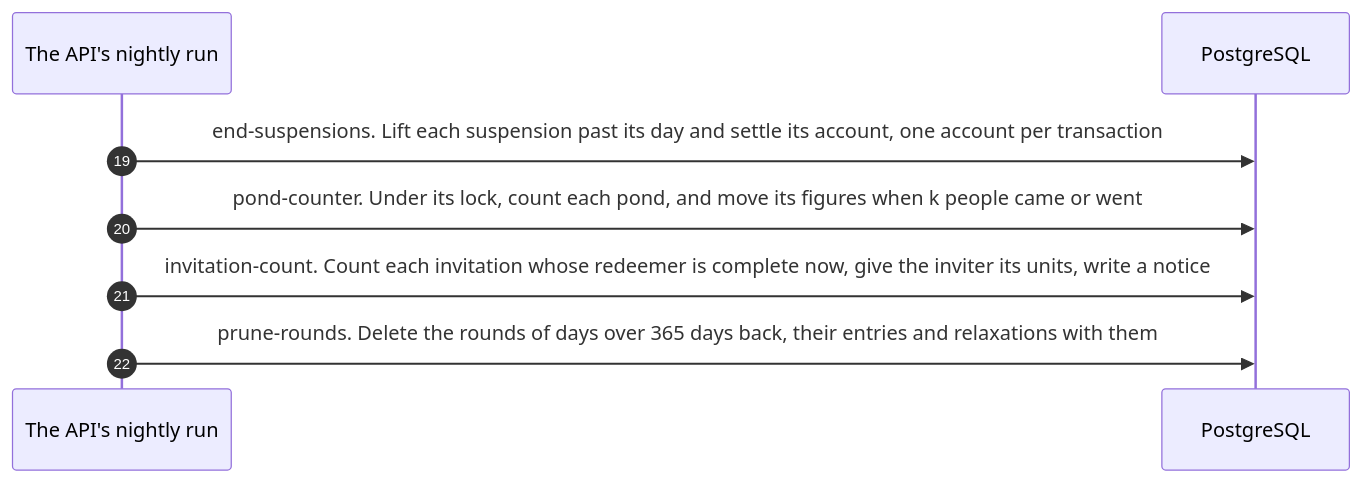
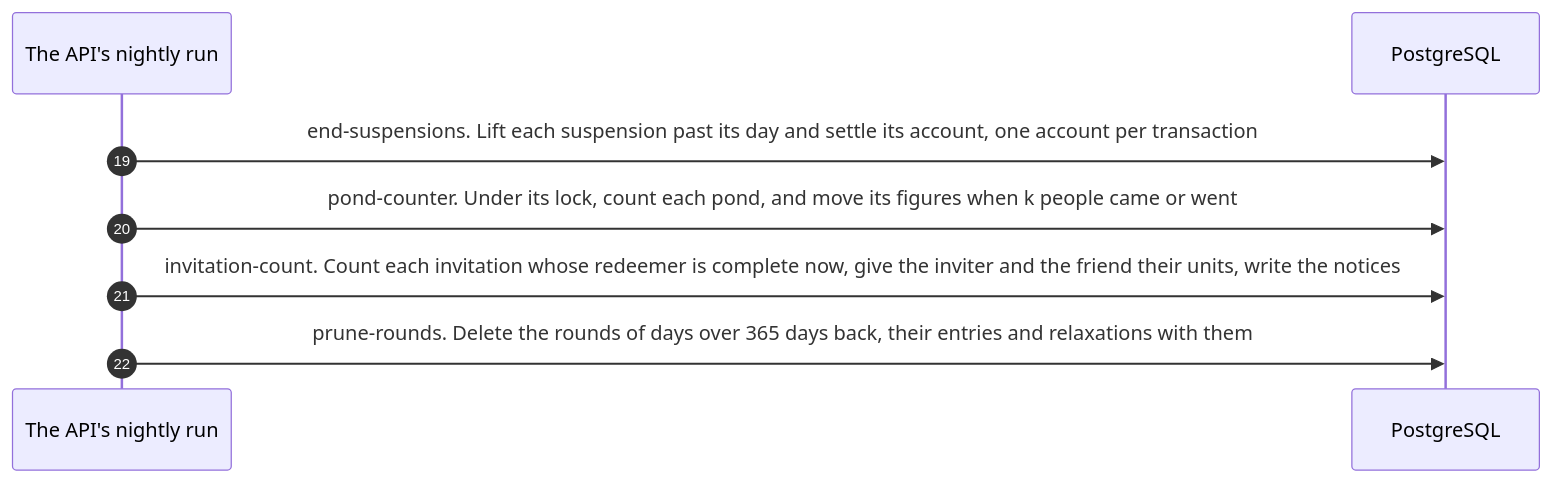
The third of 4 diagrams in docs/architecture/sequence-night.md (kuutti-ry/kuutti-app), drawn with Mermaid before and after one commit. The commit also changed other lines of this file and 92 other files, not shown here.

First line of the commit message:
Spend a like on liking back, and give the invited friend a fish (#579)

````diff
--- a/docs/architecture/sequence-night.md
+++ b/docs/architecture/sequence-night.md
@@ -111,12 +111,12 @@
 ```mermaid
 sequenceDiagram
   accTitle: The night's jobs, part 3: the pond, and the rounds past their year
   accDescr: Suspensions past their day end first, so a person let back in is counted the same night. Then the counter's figures, the invitations whose redeemer is complete, and the rounds past the year they are kept, their entries and relaxations with them.
   autonumber 19
   participant api as The API's nightly run
   participant db as PostgreSQL
   api->>db: end-suspensions. Lift each suspension past its day and settle its account, one account per transaction
   api->>db: pond-counter. Under its lock, count each pond, and move its figures when k people came or went
-  api->>db: invitation-count. Count each invitation whose redeemer is complete now, give the inviter its units, write a notice
+  api->>db: invitation-count. Count each invitation whose redeemer is complete now, give the inviter and the friend their units, write the notices
   api->>db: prune-rounds. Delete the rounds of days over 365 days back, their entries and relaxations with them
 ```
````
